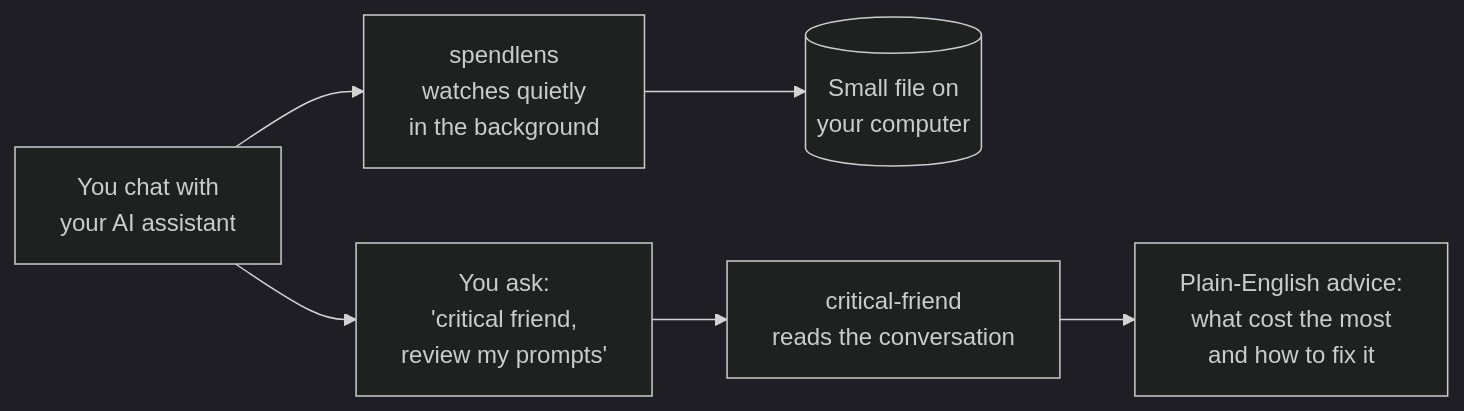
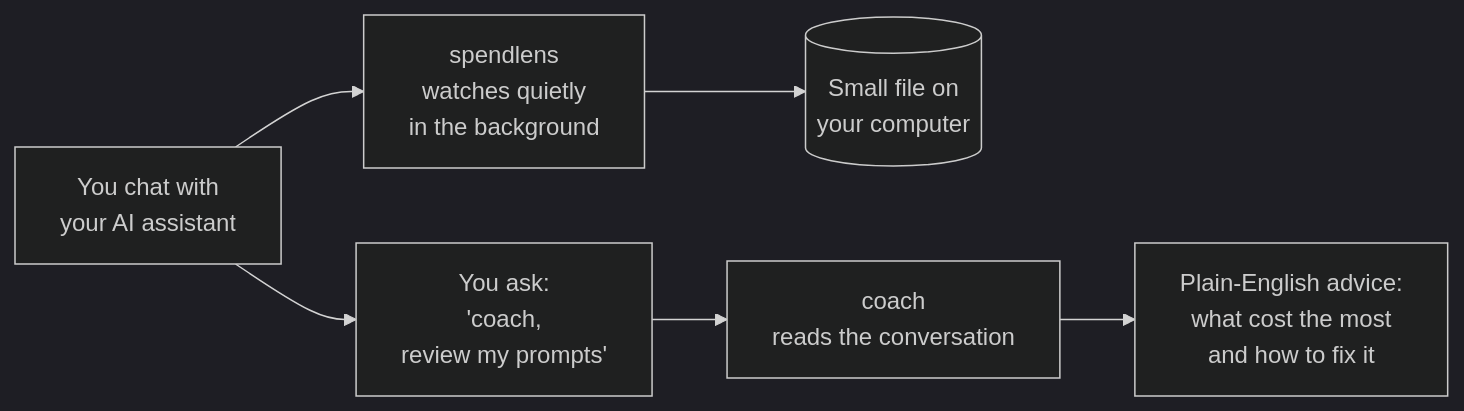
The first of 9 diagrams in README.md (andrew44/tokenomics), drawn with Mermaid (dark theme) before and after one commit. The commit also changed other lines of this file and 9 other files, not shown here.

First line of the commit message:
Rename critical-friend to coach

````diff
--- a/README.md
+++ b/README.md
@@ -36,8 +36,8 @@
 ```mermaid
 flowchart LR
     A["You chat with<br/>your AI assistant"] --> B["spendlens<br/>watches quietly<br/>in the background"]
     B --> C[("Small file on<br/>your computer")]
-    A --> D["You ask:<br/>'critical friend,<br/>review my prompts'"]
-    D --> E["critical-friend<br/>reads the conversation"]
+    A --> D["You ask:<br/>'coach,<br/>review my prompts'"]
+    D --> E["coach<br/>reads the conversation"]
     E --> F["Plain-English advice:<br/>what cost the most<br/>and how to fix it"]
 ```
````
